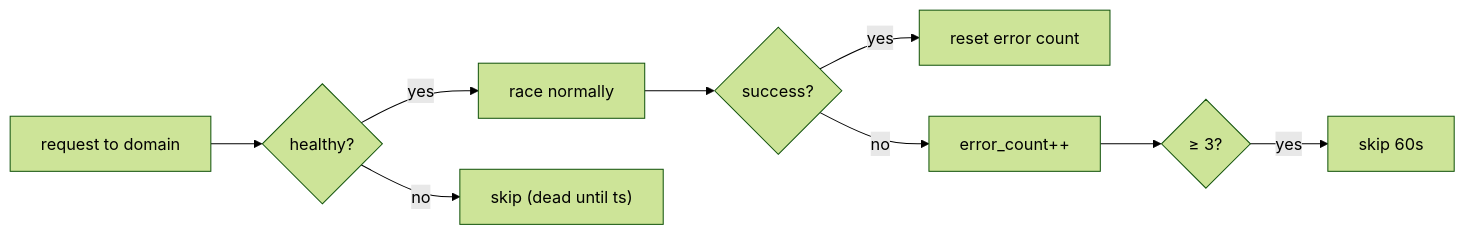
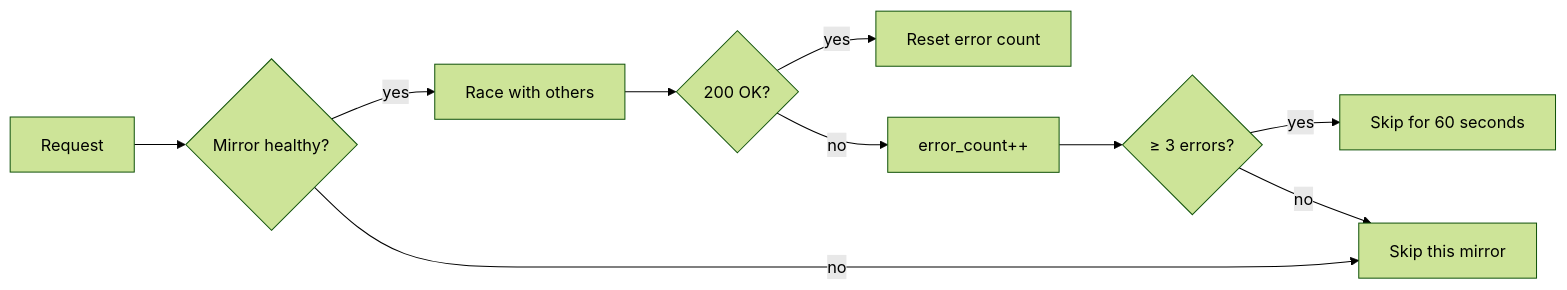
One commit to pizzarobloxh/bgc-bot changed the ninth of 11 diagrams in operating_documents.md. Above: the diagram before and after it, drawn with Mermaid (forest theme). The commit also changed other lines of this file, not shown here.

````diff
--- a/operating_documents.md
+++ b/operating_documents.md
@@ -553,11 +325,12 @@
 ```mermaid
 flowchart LR
-    A["request to domain"] --> B{"healthy?"}
-    B -->|"yes"| C["race normally"]
-    B -->|"no"| D["skip (dead until ts)"]
-    C --> E{"success?"}
-    E -->|"yes"| F["reset error count"]
+    A["Request"] --> B{"Mirror healthy?"}
+    B -->|"yes"| C["Race with others"]
+    B -->|"no"| D["Skip this mirror"]
+    C --> E{"200 OK?"}
+    E -->|"yes"| F["Reset error count"]
     E -->|"no"| G["error_count++"]
-    G --> H{"≥ 3?"}
-    H -->|"yes"| I["skip 60s"]
+    G --> H{"≥ 3 errors?"}
+    H -->|"yes"| I["Skip for 60 seconds"]
+    H -->|"no"| D
 ```
````
